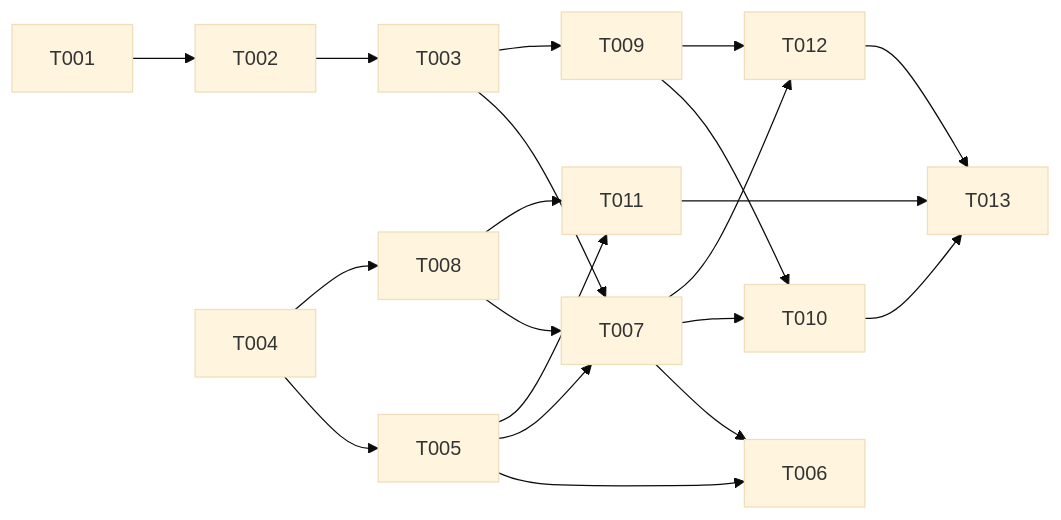
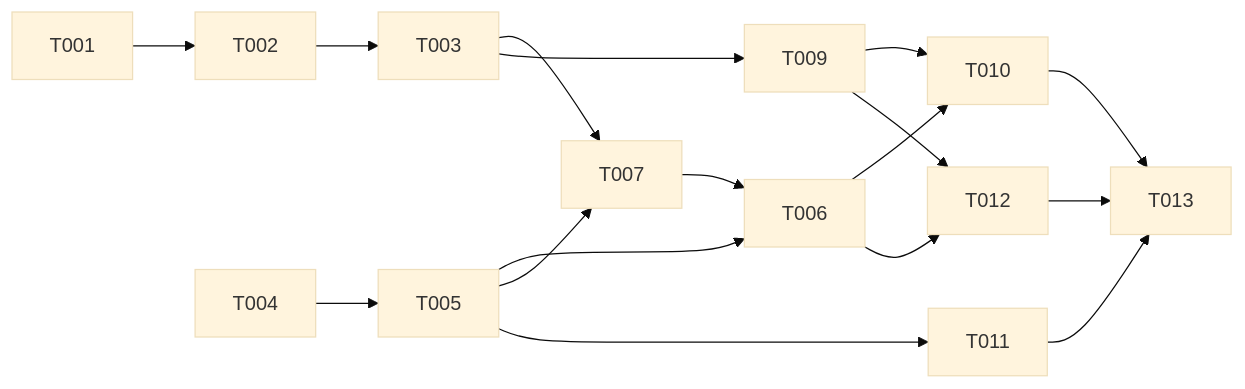
The fourth of 4 diagrams in docs/requirements/features/cockpit/dev-specs/TS-CKP-001-predictor-conflictos.md (rbonillajr/gitRaptor), drawn with Mermaid (base theme) before and after one commit. The commit also changed other lines of this file and 6 other files, not shown here.

````diff
--- a/docs/requirements/features/cockpit/dev-specs/TS-CKP-001-predictor-conflictos.md
+++ b/docs/requirements/features/cockpit/dev-specs/TS-CKP-001-predictor-conflictos.md
@@ -251,22 +265,19 @@
 ```mermaid
 graph LR
     T001 --> T002
     T002 --> T003
     T003 --> T007
     T003 --> T009
     T004 --> T005
-    T004 --> T008
     T005 --> T006
     T007 --> T006
     T005 --> T007
-    T008 --> T007
-    T007 --> T010
+    T006 --> T010
     T009 --> T010
     T005 --> T011
-    T008 --> T011
-    T007 --> T012
+    T006 --> T012
     T009 --> T012
     T010 --> T013
     T011 --> T013
     T012 --> T013
 ```
````
